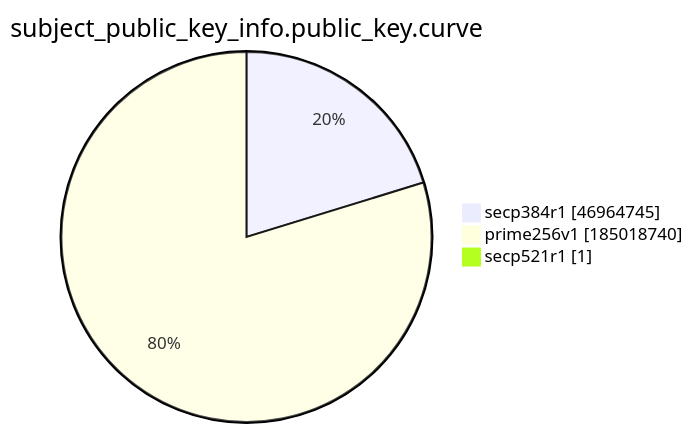
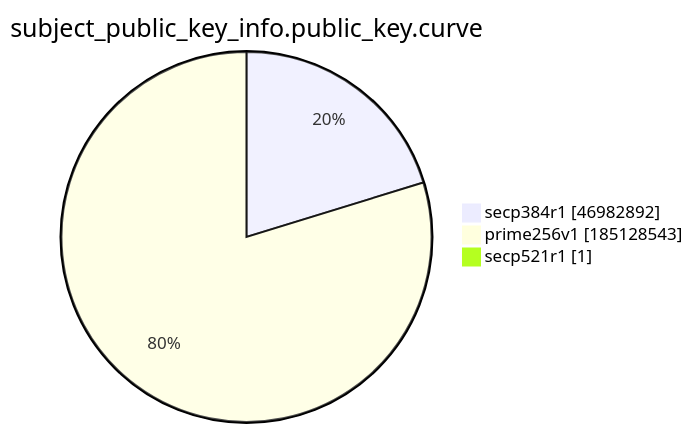
Before and after one commit to christiankrug/ctmonitor_visualization: the ninth of 15 diagrams in xenon2022/README.md, drawn with Mermaid. The commit also changed other lines of this file, not shown here.

````diff
--- a/xenon2022/README.md
+++ b/xenon2022/README.md
@@ -2874,7 +2874,7 @@
 ```mermaid
 pie showData
 title subject_public_key_info.public_key.curve
-"secp384r1" :46964745
-"prime256v1" :185018740
+"secp384r1" :46982892
+"prime256v1" :185128543
 "secp521r1" :1
 ```
````
